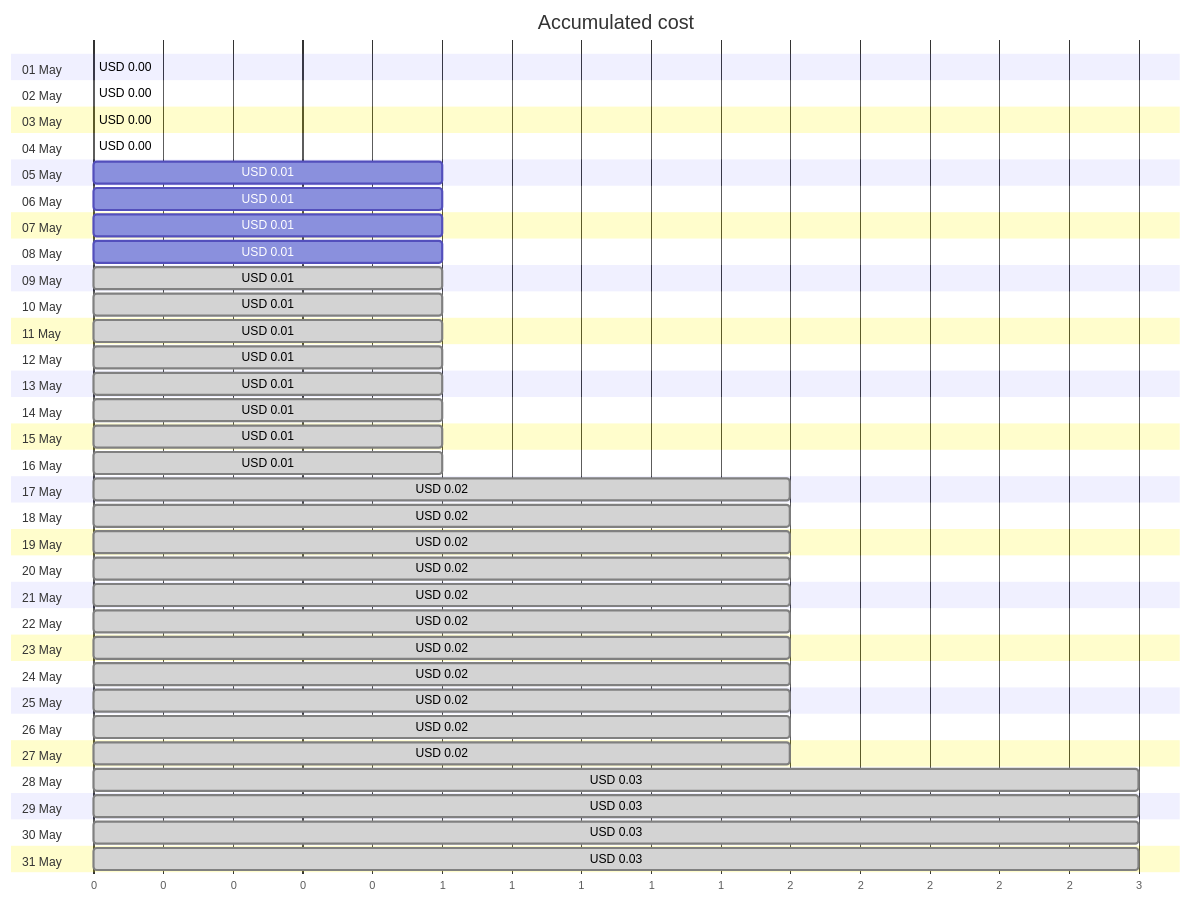
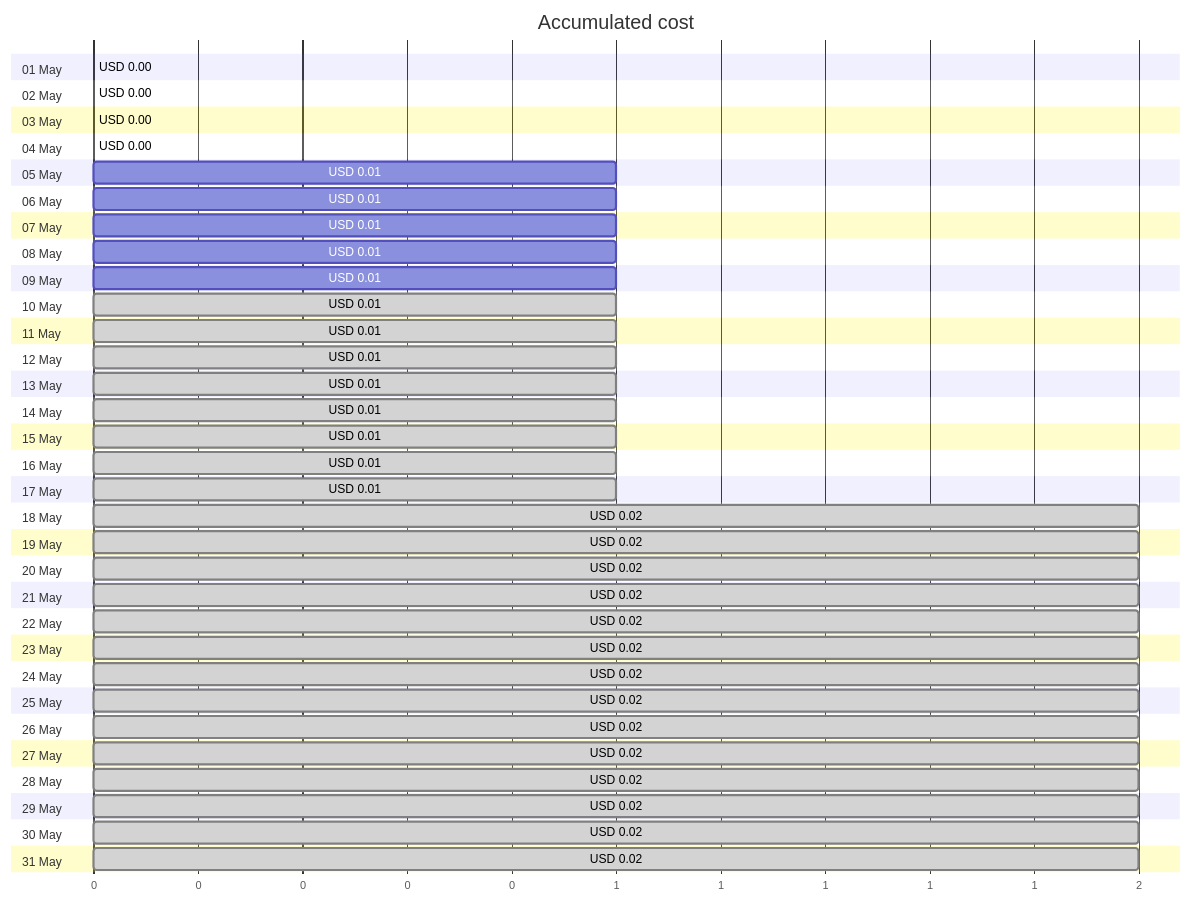
One commit to jpfulton/azure-personal-reports changed the first of 4 diagrams in cost-reports/personal-site/personalsiteapipreview.md. Above: the diagram before and after it, drawn with Mermaid. The commit also changed other lines of this file and 6 other files, not shown here.

````diff
--- a/cost-reports/personal-site/personalsiteapipreview.md
+++ b/cost-reports/personal-site/personalsiteapipreview.md
@@ -20,68 +20,68 @@
 ```mermaid
 gantt
    title Accumulated cost
    dateFormat  X
    axisFormat %s
    section 01 May
    USD 0.00 :0, 0
    section 02 May
    USD 0.00 :0, 0
    section 03 May
    USD 0.00 :0, 0
    section 04 May
    USD 0.00 :0, 0
    section 05 May
    USD 0.01 :0, 1
    section 06 May
    USD 0.01 :0, 1
    section 07 May
    USD 0.01 :0, 1
    section 08 May
    USD 0.01 :0, 1
    section 09 May
-   USD 0.01 : done, 0, 1
+   USD 0.01 :0, 1
    section 10 May
    USD 0.01 : done, 0, 1
    section 11 May
    USD 0.01 : done, 0, 1
    section 12 May
    USD 0.01 : done, 0, 1
    section 13 May
    USD 0.01 : done, 0, 1
    section 14 May
    USD 0.01 : done, 0, 1
    section 15 May
    USD 0.01 : done, 0, 1
    section 16 May
    USD 0.01 : done, 0, 1
    section 17 May
-   USD 0.02 : done, 0, 2
+   USD 0.01 : done, 0, 1
    section 18 May
    USD 0.02 : done, 0, 2
    section 19 May
    USD 0.02 : done, 0, 2
    section 20 May
    USD 0.02 : done, 0, 2
    section 21 May
    USD 0.02 : done, 0, 2
    section 22 May
    USD 0.02 : done, 0, 2
    section 23 May
    USD 0.02 : done, 0, 2
    section 24 May
    USD 0.02 : done, 0, 2
    section 25 May
    USD 0.02 : done, 0, 2
    section 26 May
    USD 0.02 : done, 0, 2
    section 27 May
    USD 0.02 : done, 0, 2
    section 28 May
-   USD 0.03 : done, 0, 3
+   USD 0.02 : done, 0, 2
    section 29 May
-   USD 0.03 : done, 0, 3
+   USD 0.02 : done, 0, 2
    section 30 May
-   USD 0.03 : done, 0, 3
+   USD 0.02 : done, 0, 2
    section 31 May
-   USD 0.03 : done, 0, 3
+   USD 0.02 : done, 0, 2
 ```
````
